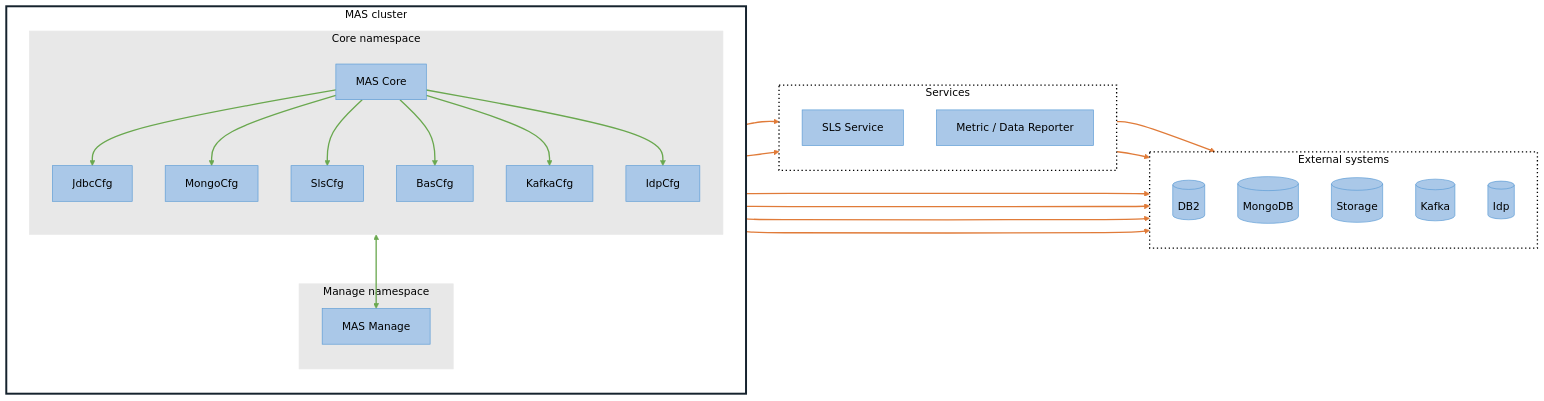
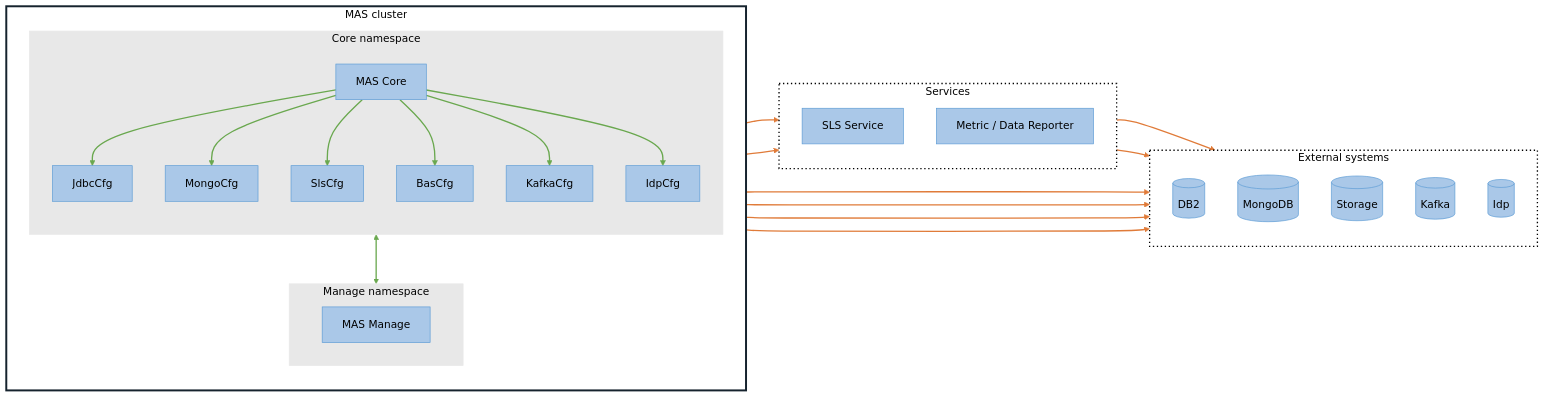
Before and after one commit to codersyacht/mas-suite-install: the diagram in readme.md, drawn with Mermaid.

Commit message:
readme
Added new relationship description for Manage in Core namespace.

````diff
--- a/readme.md
+++ b/readme.md
@@ -7,66 +7,68 @@
 ```mermaid
 flowchart LR
     subgraph MAS["MAS cluster"]
         direction TB
         subgraph CORE["Core namespace"]
             direction TB
             Core[MAS Core]
             JdbcCfg[JdbcCfg]
             MongoCfg[MongoCfg]
             SlsCfg[SlsCfg]
             BasCfg[BasCfg]
             KafkaCfg[KafkaCfg]
             IdpCfg[IdpCfg]
         end
         subgraph MNG["Manage namespace"]
             Manage[MAS Manage]
         end
     end
 
     subgraph SVC["Services"]
         direction TB
         SLS[SLS Service]
         Reporter["Metric / Data Reporter"]
     end
 
     subgraph EXT["External systems"]
         direction TB
         DB2[(DB2)]
         MongoDB[(MongoDB)]
         Storage[(Storage)]
         KafkaDB[(Kafka)]
         Idp[(Idp)]
     end
 
     %% Core owns the config CRs (green)
     Core --> JdbcCfg
     Core --> MongoCfg
     Core --> SlsCfg
     Core --> BasCfg
     Core --> KafkaCfg
     Core --> IdpCfg
-    Core <--> Manage
+
+    %% Manage <-> whole Core namespace (green)
+    CORE <--> MNG
 
     %% Config -> backing system (orange)
     JdbcCfg --> DB2
     MongoCfg --> MongoDB
     SlsCfg --> SLS
     SLS --> MongoDB
     BasCfg --> Reporter
     Reporter --> Storage
     KafkaCfg --> KafkaDB
     IdpCfg --> Idp
 
     linkStyle 0,1,2,3,4,5,6 stroke:#6aa84f,stroke-width:2px
     linkStyle 7,8,9,10,11,12,13,14 stroke:#e07b39,stroke-width:2px
 
     classDef box fill:#aac8e8,stroke:#5b9bd5,color:#000
     class Core,JdbcCfg,MongoCfg,SlsCfg,BasCfg,KafkaCfg,IdpCfg,Manage,SLS,Reporter,DB2,MongoDB,Storage,KafkaDB,Idp box
 
     %% Panel colors to match the original
     style MAS fill:#ffffff,stroke:#16232e,stroke-width:3px,color:#000
     style CORE fill:#e8e8e8,stroke:#e8e8e8,color:#000
     style MNG fill:#e8e8e8,stroke:#e8e8e8,color:#000
     style SVC fill:#ffffff,stroke:#000000,stroke-width:2px,stroke-dasharray:2 4,color:#000
     style EXT fill:#ffffff,stroke:#000000,stroke-width:2px,stroke-dasharray:2 4,color:#000
 ```
````
